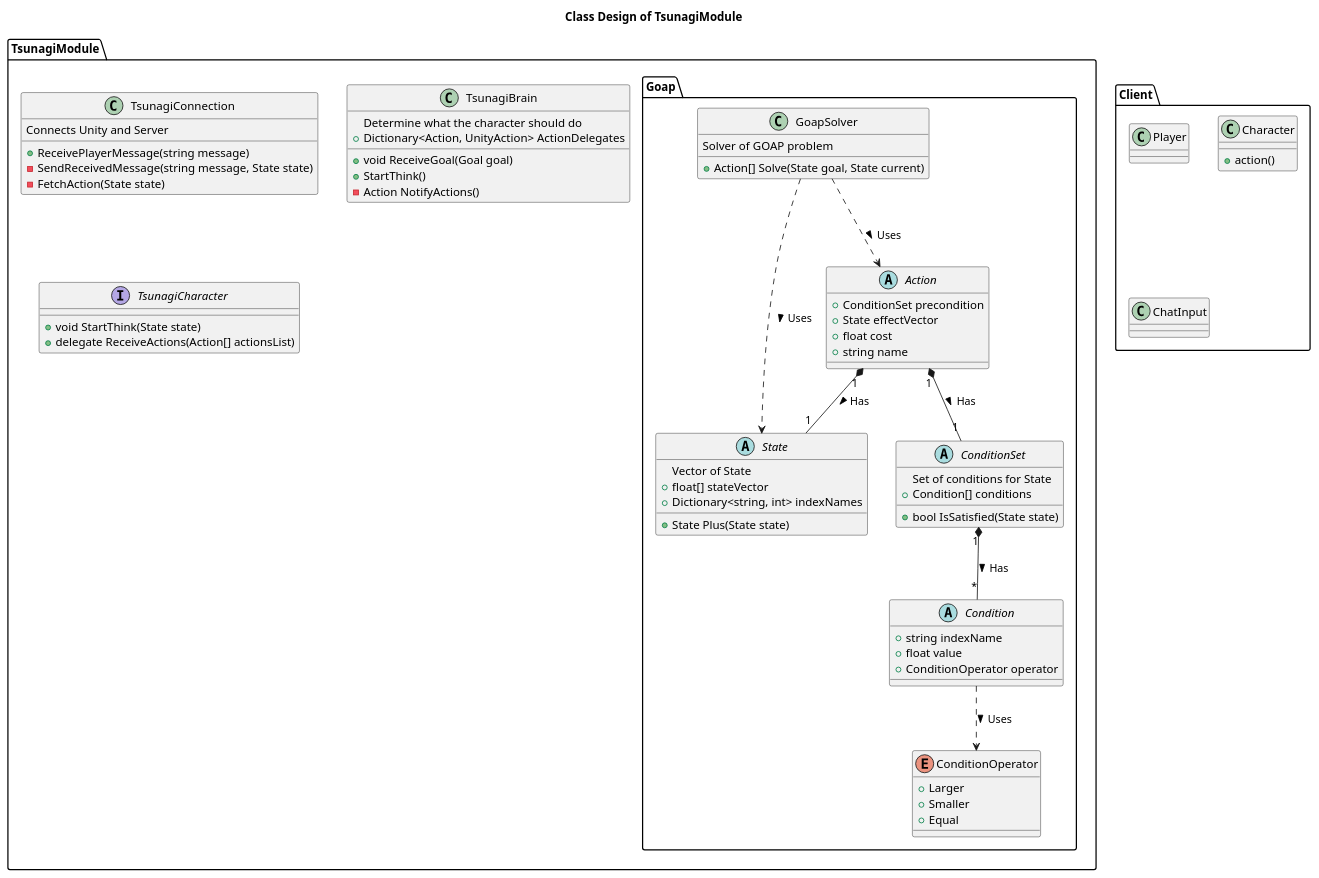
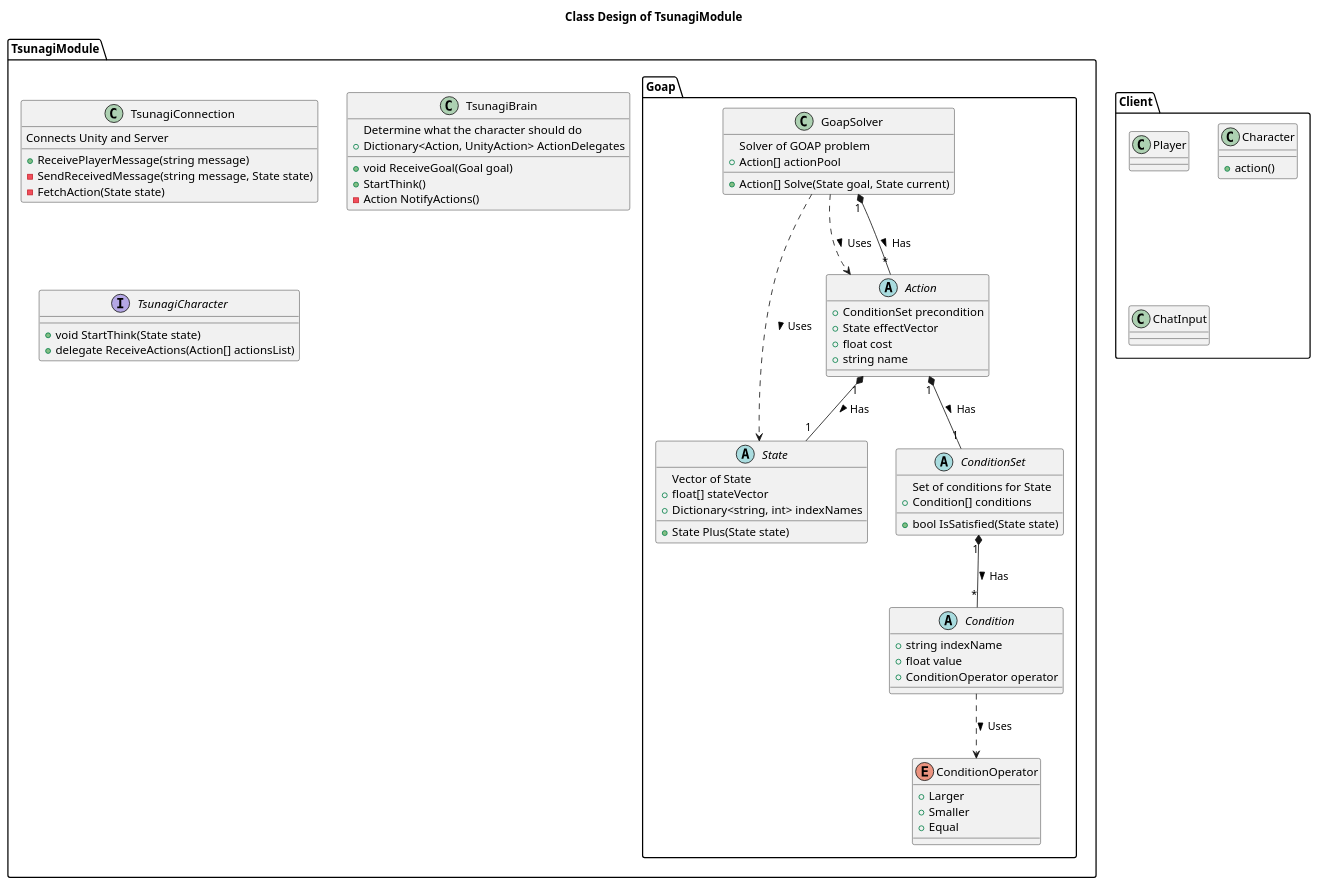
The diagram in classes.puml (tsunagi-ai/UnityModuleDesign), drawn with PlantUML before and after one commit.

Commit message:
add action pool to State class

```diff
--- a/classes.puml
+++ b/classes.puml
@@ -1,84 +1,86 @@
 @startuml
 title Class Design of TsunagiModule
 
 package TsunagiModule {
   class TsunagiConnection {
     Connects Unity and Server
     +ReceivePlayerMessage(string message)
     -SendReceivedMessage(string message, State state)
     -FetchAction(State state)
   }
 
   class TsunagiBrain {
     Determine what the character should do
     +Dictionary<Action, UnityAction> ActionDelegates
     +void ReceiveGoal(Goal goal)
     +StartThink()
     -Action NotifyActions()
   }
 
   interface TsunagiCharacter {
     +void StartThink(State state)
     +delegate ReceiveActions(Action[] actionsList)
   }
 
   package Goap{
     class GoapSolver {
       Solver of GOAP problem
       +Action[] Solve(State goal, State current)
+      +Action[] actionPool
     }
 
     abstract State{
       Vector of State
       +State Plus(State state)
       +float[] stateVector
       +Dictionary<string, int> indexNames
     }
     GoapSolver ..> State : Uses >
 
     abstract Action {
       +ConditionSet precondition
       +State effectVector
       +float cost
       +string name
     }
     GoapSolver ..> Action : Uses >
+    GoapSolver "1" *-- "*" Action : Has >
     Action "1" *-- "1" State : Has >
 
     abstract ConditionSet{
       Set of conditions for State
       +bool IsSatisfied(State state)
       +Condition[] conditions
     }
     Action "1" *-- "1" ConditionSet : Has >
 
     abstract Condition{
       +string indexName
       +float value
       +ConditionOperator operator
     }
     ConditionSet "1" *-- "*" Condition : Has >
 
     enum ConditionOperator {
       +Larger
       +Smaller
       +Equal
     }
     Condition ..> ConditionOperator : Uses >
   }
 }
 
 package Client{
   class Player {
   }
 
   class Character {
     +action()
   }
 
   class ChatInput {
 
   }
 }
 
 @enduml
```
